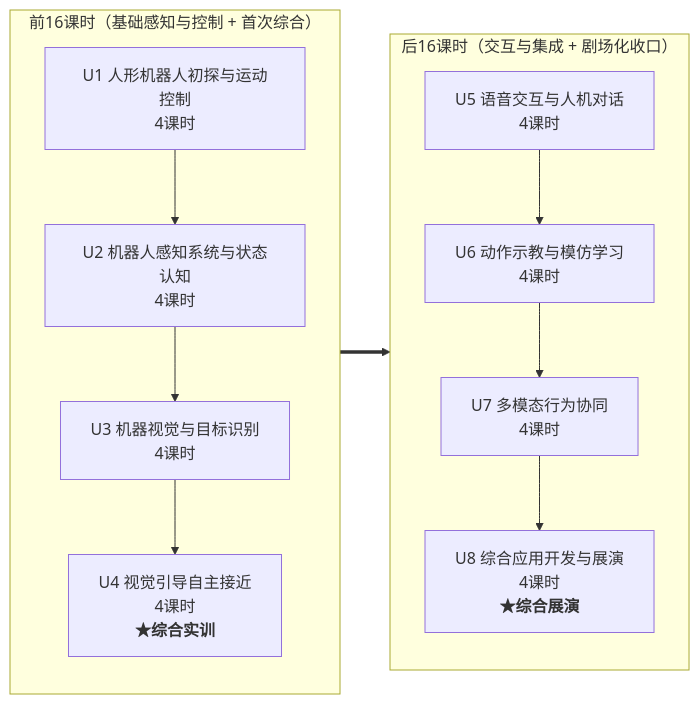
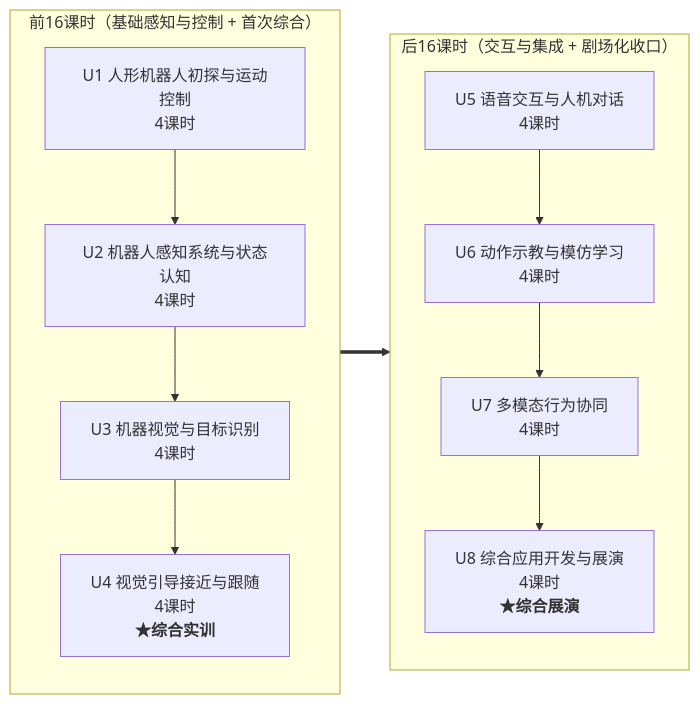
Before and after one commit to liuxiaoyu-bjtu/BR_Knowledge: the diagram in 05-internal-materials/vocational-planning/03_X课程项目/X课程大纲-v5.md, drawn with Mermaid. The commit also changed other lines of this file and 29 other files, not shown here.

````diff
--- a/05-internal-materials/vocational-planning/03_X课程项目/X课程大纲-v5.md
+++ b/05-internal-materials/vocational-planning/03_X课程项目/X课程大纲-v5.md
@@ -83,22 +85,22 @@
 ```mermaid
 flowchart LR
     subgraph S1 ["前16课时（基础感知与控制 + 首次综合）"]
         direction TB
         U1["U1 人形机器人初探与运动控制<br/>4课时"]
         U2["U2 机器人感知系统与状态认知<br/>4课时"]
         U3["U3 机器视觉与目标识别<br/>4课时"]
-        U4["U4 视觉引导自主接近<br/>4课时<br/><b>★综合实训</b>"]
+        U4["U4 视觉引导接近与跟随<br/>4课时<br/><b>★综合实训</b>"]
         U1 --> U2 --> U3 --> U4
     end
 
     subgraph S2 ["后16课时（交互与集成 + 剧场化收口）"]
         direction TB
         U5["U5 语音交互与人机对话<br/>4课时"]
         U6["U6 动作示教与模仿学习<br/>4课时"]
         U7["U7 多模态行为协同<br/>4课时"]
         U8["U8 综合应用开发与展演<br/>4课时<br/><b>★综合展演</b>"]
         U5 --> U6 --> U7 --> U8
     end
 
     S1 ==> S2
 ```
````
